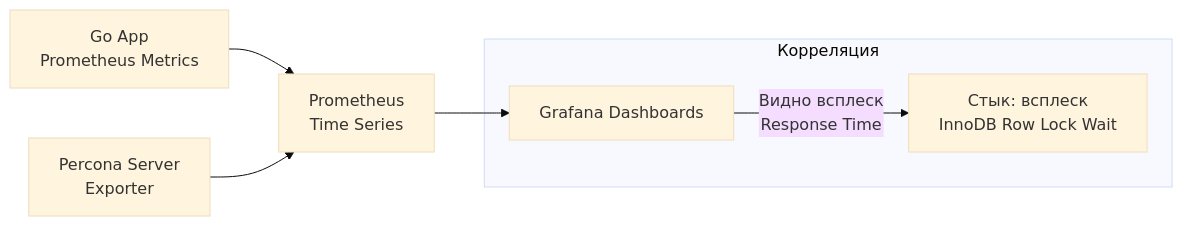
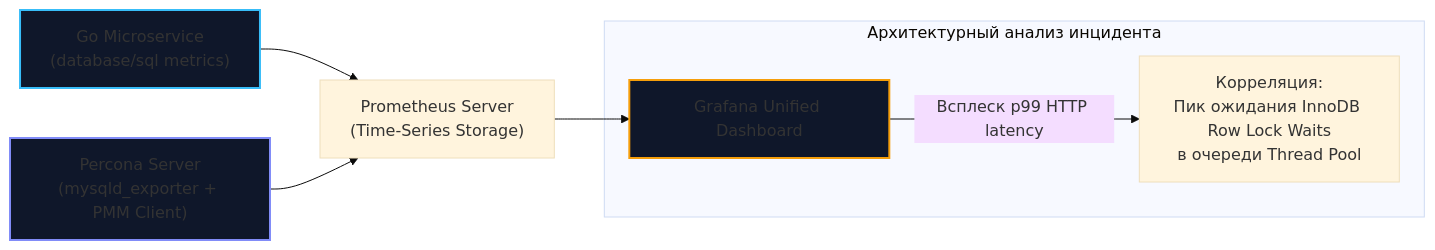
Before and after one commit to UnrealTemplier/go-textbook: the second of 2 diagrams in sources/12. Базы данных/07. MySQL и форки/7. Percona Server.md, drawn with Mermaid (base theme). The commit also changed other lines of this file, not shown here.

````diff
--- a/sources/12. Базы данных/07. MySQL и форки/7. Percona Server.md
+++ b/sources/12. Базы данных/07. MySQL и форки/7. Percona Server.md
@@ -64,10 +105,14 @@
 ```mermaid
 flowchart LR
-    GoApp["Go App<br>Prometheus Metrics"] --> Prometheus["Prometheus<br>Time Series"]
-    Percona["Percona Server<br>Exporter"] --> Prometheus
-    Prometheus --> Grafana["Grafana Dashboards"]
+    GoApp["Go Microservice<br>(database/sql metrics)"] --> Prometheus["Prometheus Server<br>(Time-Series Storage)"]
+    Percona["Percona Server<br>(mysqld_exporter + PMM Client)"] --> Prometheus
+    Prometheus --> Grafana["Grafana Unified Dashboard"]
     
-    subgraph Analysis ["Корреляция"]
-        Grafana -->|"Видно всплеск<br>Response Time"| Match["Стык: всплеск<br>InnoDB Row Lock Wait"]
+    subgraph Analysis ["Архитектурный анализ инцидента"]
+        Grafana -->|"Всплеск p99 HTTP latency"| Match["Корреляция:<br>Пик ожидания InnoDB Row Lock Waits<br>в очереди Thread Pool"]
     end
+
+    style GoApp fill:#0f172a,stroke:#38bdf8,stroke-width:2px
+    style Percona fill:#0f172a,stroke:#818cf8,stroke-width:2px
+    style Grafana fill:#0f172a,stroke:#f59e0b,stroke-width:2px
 ```
````
